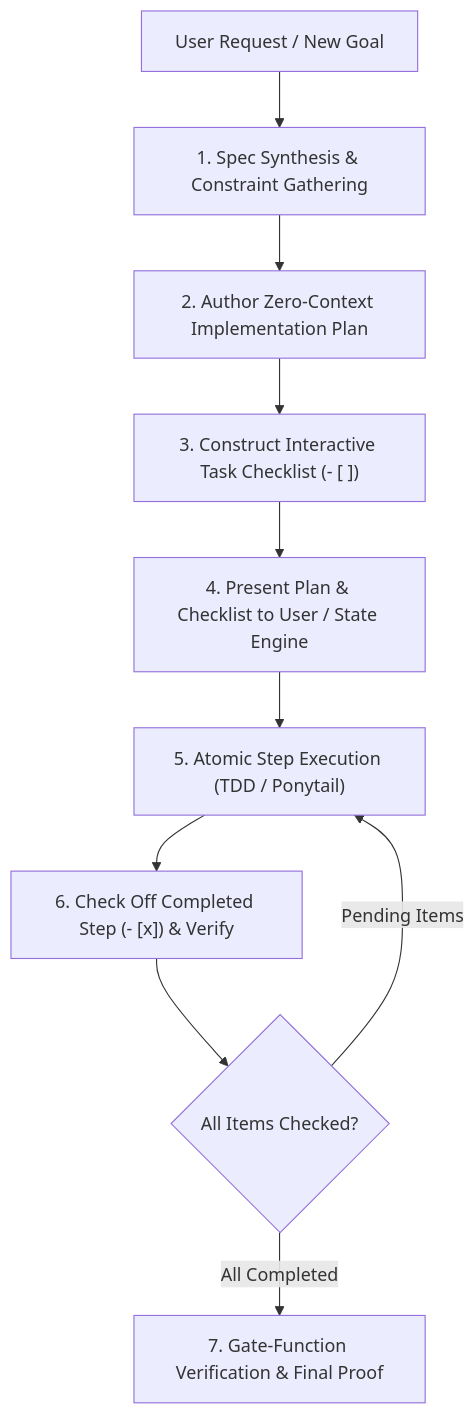
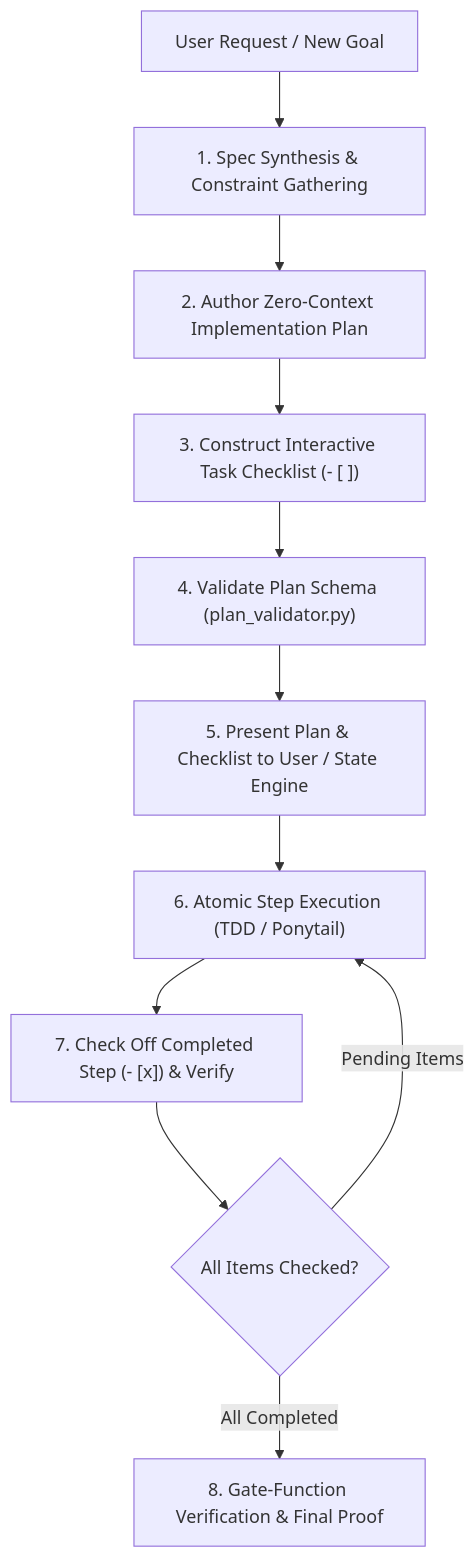
Before and after one commit to gokulbagade/ultra-agent-skill: the diagram in workflows/12-implementation-planning-and-checklists.md, drawn with Mermaid. The commit also changed other lines of this file and 42 other files, not shown here.

````diff
--- a/workflows/12-implementation-planning-and-checklists.md
+++ b/workflows/12-implementation-planning-and-checklists.md
@@ -9,12 +16,13 @@
 ```mermaid
 graph TD
     A["User Request / New Goal"] --> B["1. Spec Synthesis & Constraint Gathering"]
     B --> C["2. Author Zero-Context Implementation Plan"]
     C --> D["3. Construct Interactive Task Checklist (- [ ])"]
-    D --> E["4. Present Plan & Checklist to User / State Engine"]
-    E --> F["5. Atomic Step Execution (TDD / Ponytail)"]
-    F --> G["6. Check Off Completed Step (- [x]) & Verify"]
-    G --> H{"All Items Checked?"}
-    H -->|"Pending Items"| F
-    H -->|"All Completed"| I["7. Gate-Function Verification & Final Proof"]
+    D --> E["4. Validate Plan Schema (plan_validator.py)"]
+    E --> F["5. Present Plan & Checklist to User / State Engine"]
+    F --> G["6. Atomic Step Execution (TDD / Ponytail)"]
+    G --> H["7. Check Off Completed Step (- [x]) & Verify"]
+    H --> I{"All Items Checked?"}
+    I -->|"Pending Items"| G
+    I -->|"All Completed"| J["8. Gate-Function Verification & Final Proof"]
 ```
````
